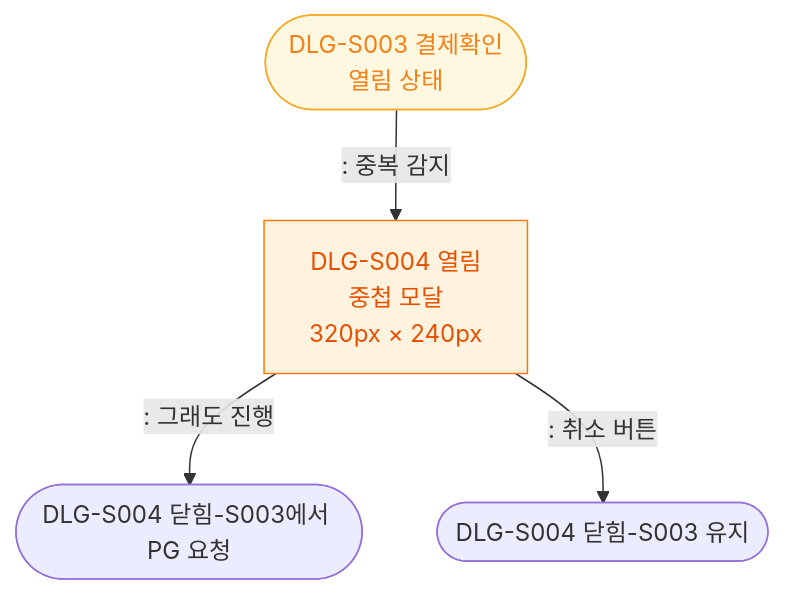
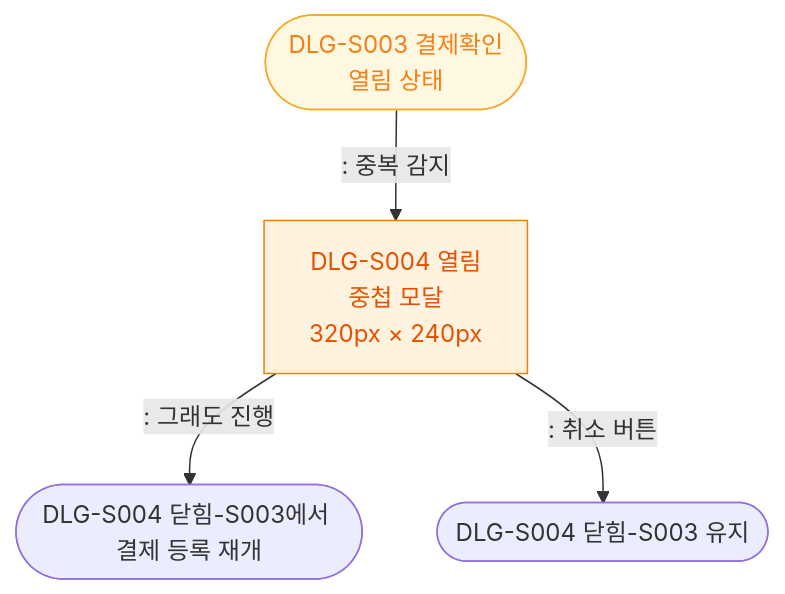
The diagram in docs/admin/다이어그램/D03_매출관리/DLG-S004_중복결제경고/M1_모달생명주기.md (dev-spogym/admin-pando), drawn with Mermaid before and after one commit. The commit also changed other lines of this file and 189 other files, not shown here.

````diff
--- a/docs/admin/다이어그램/D03_매출관리/DLG-S004_중복결제경고/M1_모달생명주기.md
+++ b/docs/admin/다이어그램/D03_매출관리/DLG-S004_중복결제경고/M1_모달생명주기.md
@@ -18,13 +18,13 @@
 ```mermaid
 flowchart TD
     DLG_S003([DLG-S003 결제확인\n열림 상태]) -->|": 중복 감지"|OPEN[DLG-S004 열림\n중첩 모달\n320px × 240px]
 
-    OPEN -->|": 그래도 진행"|CLOSED_PROCEED([DLG-S004 닫힘-S003에서 PG 요청])
+    OPEN -->|": 그래도 진행"|CLOSED_PROCEED([DLG-S004 닫힘-S003에서 결제 등록 재개])
     OPEN -->|": 취소 버튼"|CLOSED_CANCEL([DLG-S004 닫힘-S003 유지])
 
     classDef modal fill:#FFF3E0,stroke:#F57C00,color:#E65100
     classDef warning fill:#FFF8E1,stroke:#F9A825,color:#F57F17
 
     class OPEN modal
     class DLG_S003 warning
 ```
````
